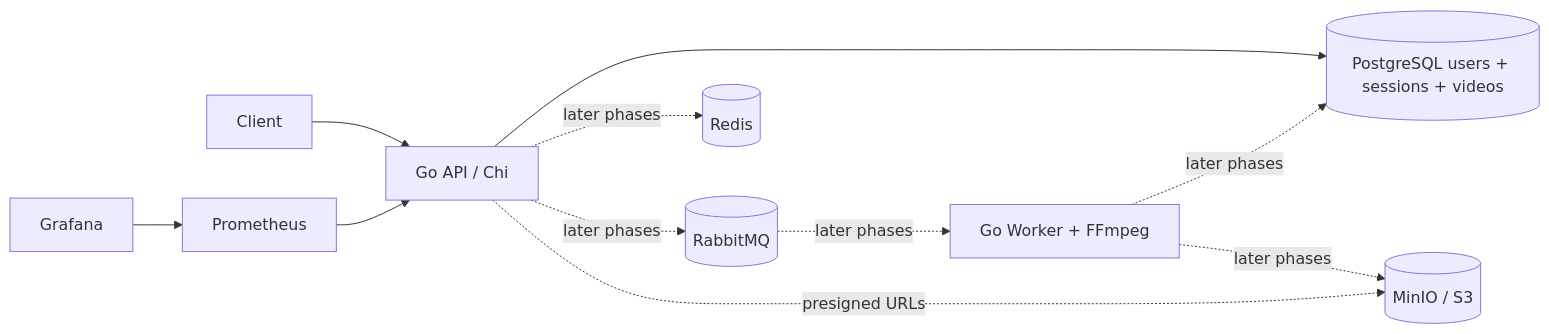
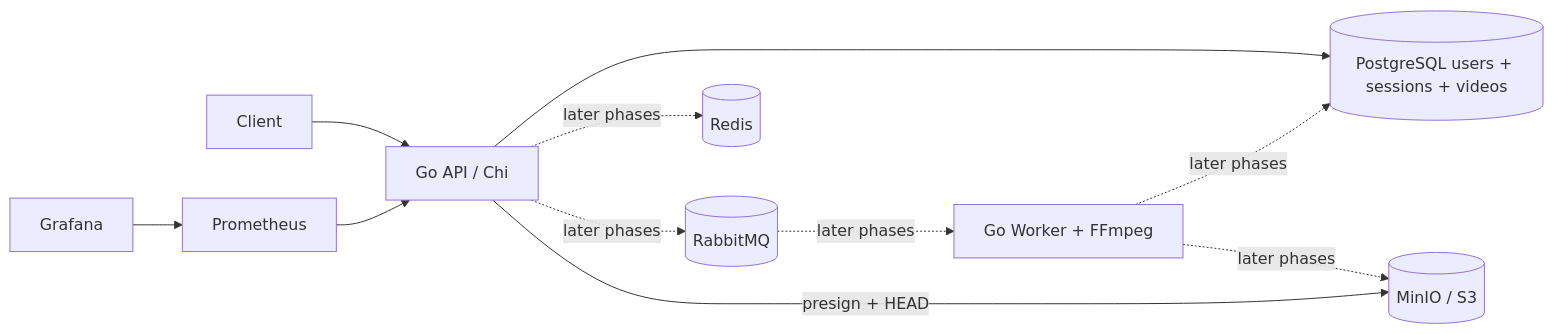
Before and after one commit to Singatha/stream-forge: the first of 2 diagrams in README.md, drawn with Mermaid. The commit also changed other lines of this file and 20 other files, not shown here.

````diff
--- a/README.md
+++ b/README.md
@@ -39,13 +45,13 @@
 ```mermaid
 flowchart LR
     Client --> API[Go API / Chi]
     API --> PG[(PostgreSQL users + sessions + videos)]
     API -. later phases .-> Redis[(Redis)]
     API -. later phases .-> MQ[(RabbitMQ)]
-    API -. presigned URLs .-> Object[(MinIO / S3)]
+    API -->|presign + HEAD| Object[(MinIO / S3)]
     MQ -. later phases .-> Worker[Go Worker + FFmpeg]
     Worker -. later phases .-> PG
     Worker -. later phases .-> Object
     Prometheus --> API
     Grafana --> Prometheus
 ```
````
